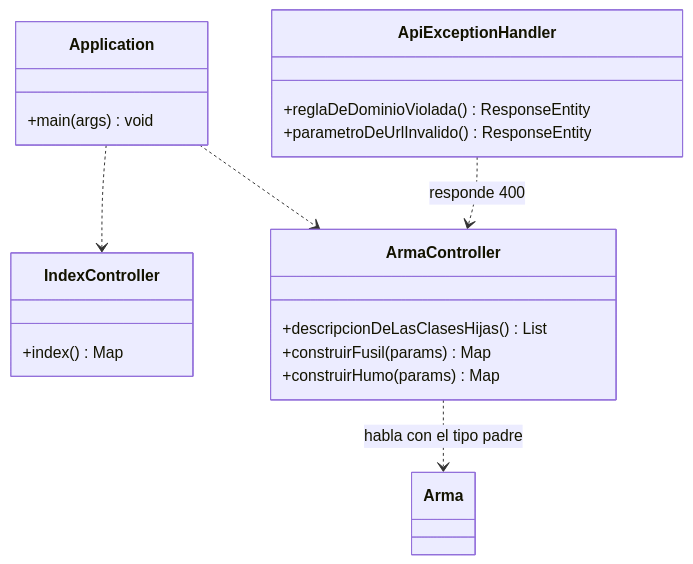
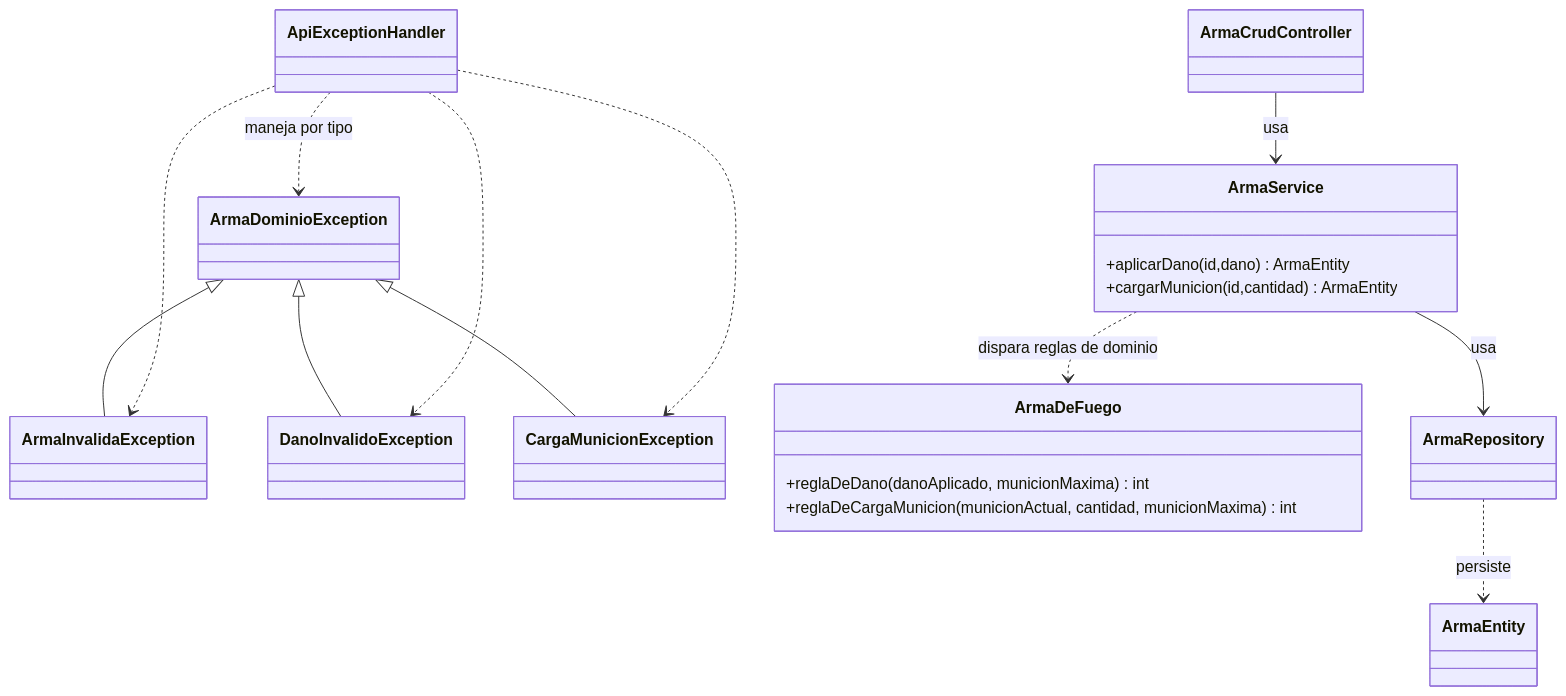
The diagram in README.md (MauricioPecci/MPecci-tplp3-2026), drawn with Mermaid before and after one commit. The commit also changed other lines of this file and 4 other files, not shown here.

Commit message:
refactor/docs: reglas de negocio en dominio y actualización README/bitácora POO-08

````diff
--- a/README.md
+++ b/README.md
@@ -221,22 +84,32 @@
 ```mermaid
 classDiagram
-    class Application {
-        +main(args) void
+    class ArmaDominioException
+    class ArmaInvalidaException
+    class DanoInvalidoException
+    class CargaMunicionException
+    ArmaDominioException <|-- ArmaInvalidaException
+    ArmaDominioException <|-- DanoInvalidoException
+    ArmaDominioException <|-- CargaMunicionException
+
+    class ArmaDeFuego {
+        +reglaDeDano(danoAplicado, municionMaxima) int
+        +reglaDeCargaMunicion(municionActual, cantidad, municionMaxima) int
     }
-    class IndexController {
-        +index() Map
+    class ArmaEntity
+    class ArmaRepository
+    class ArmaService {
+        +aplicarDano(id,dano) ArmaEntity
+        +cargarMunicion(id,cantidad) ArmaEntity
     }
-    class ArmaController {
-        +descripcionDeLasClasesHijas() List
-        +construirFusil(params) Map
-        +construirHumo(params) Map
-    }
-    class ApiExceptionHandler {
-        +reglaDeDominioViolada() ResponseEntity
-        +parametroDeUrlInvalido() ResponseEntity
-    }
-    Application ..> IndexController
-    Application ..> ArmaController
-    ArmaController ..> Arma : habla con el tipo padre
-    ApiExceptionHandler ..> ArmaController : responde 400
+    class ArmaCrudController
+    class ApiExceptionHandler
+
+    ArmaRepository ..> ArmaEntity : persiste
+    ArmaService --> ArmaRepository : usa
+    ArmaService ..> ArmaDeFuego : dispara reglas de dominio
+    ArmaCrudController --> ArmaService : usa
+    ApiExceptionHandler ..> ArmaDominioException : maneja por tipo
+    ApiExceptionHandler ..> DanoInvalidoException
+    ApiExceptionHandler ..> CargaMunicionException
+    ApiExceptionHandler ..> ArmaInvalidaException
 ```
````
